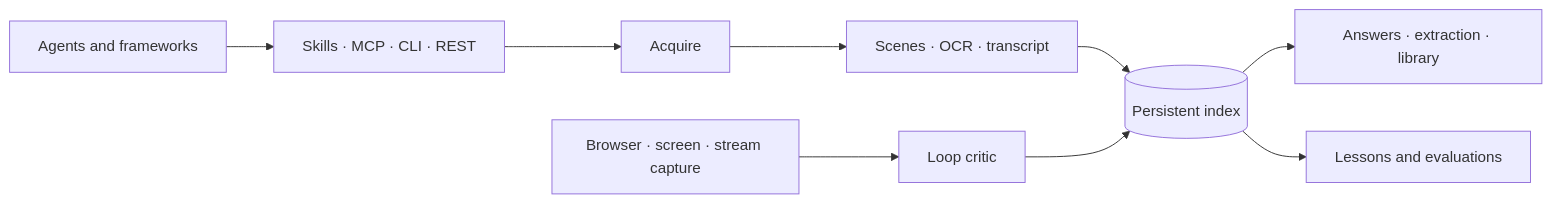
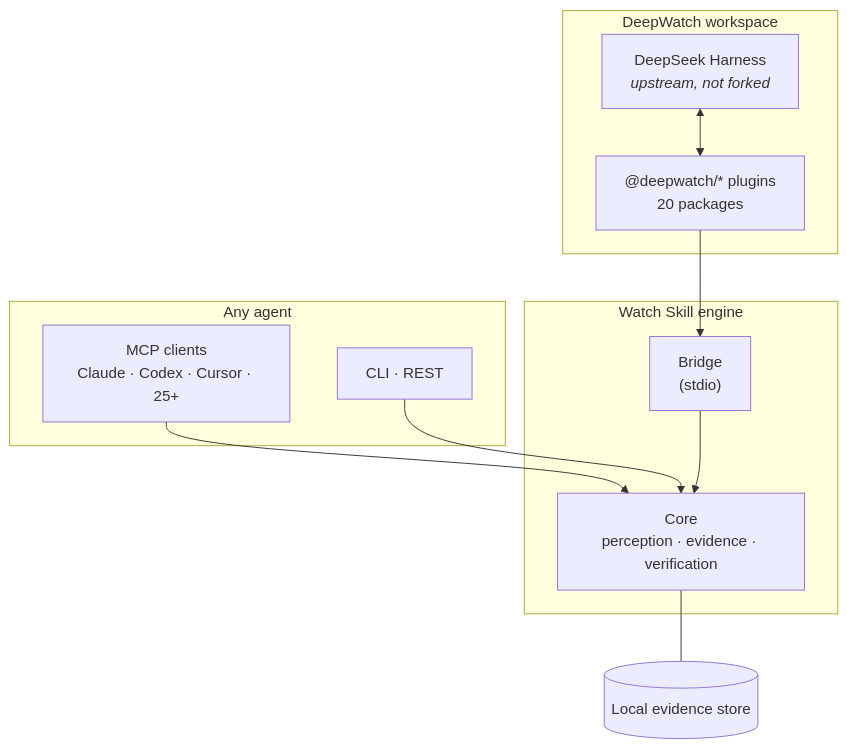
Before and after one commit to oxbshw/watch-skill: the second of 2 diagrams in README.md, drawn with Mermaid. The commit also changed other lines of this file and 69 other files, not shown here.

````diff
--- a/README.md
+++ b/README.md
@@ -483,11 +193,20 @@
 ```mermaid
-flowchart LR
-    A["Agents and frameworks"] --> S["Skills · MCP · CLI · REST"]
-    S --> AC["Acquire"]
-    AC --> P["Scenes · OCR · transcript"]
-    P --> I[("Persistent index")]
-    I --> Q["Answers · extraction · library"]
-    I --> L["Lessons and evaluations"]
-    V["Browser · screen · stream capture"] --> C["Loop critic"]
-    C --> I
+flowchart TB
+  subgraph Clients["Any agent"]
+    MCP["MCP clients<br/>Claude · Codex · Cursor · 25+"]
+    CLI["CLI · REST"]
+  end
+  subgraph DW["DeepWatch workspace"]
+    H["DeepSeek Harness<br/><i>upstream, not forked</i>"]
+    P["@deepwatch/* plugins<br/>20 packages"]
+  end
+  subgraph WS["Watch Skill engine"]
+    B["Bridge<br/>(stdio)"]
+    C["Core<br/>perception · evidence · verification"]
+  end
+  MCP --> C
+  CLI --> C
+  H <--> P
+  P --> B --> C
+  C --- S[("Local evidence store")]
 ```
````
